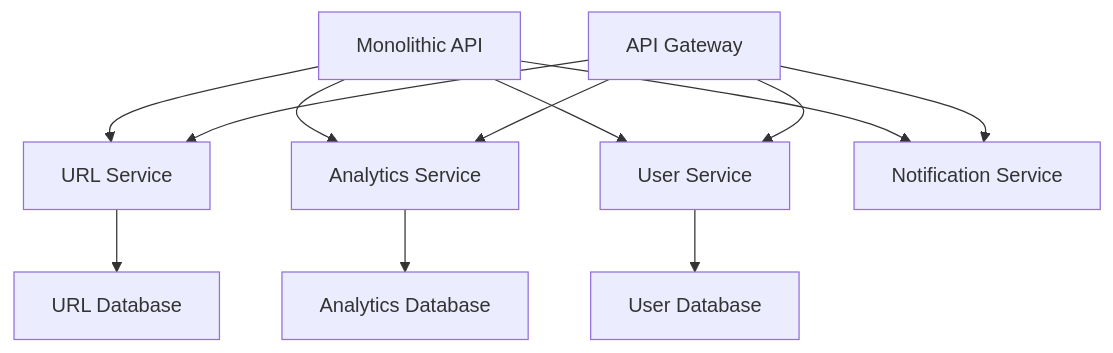
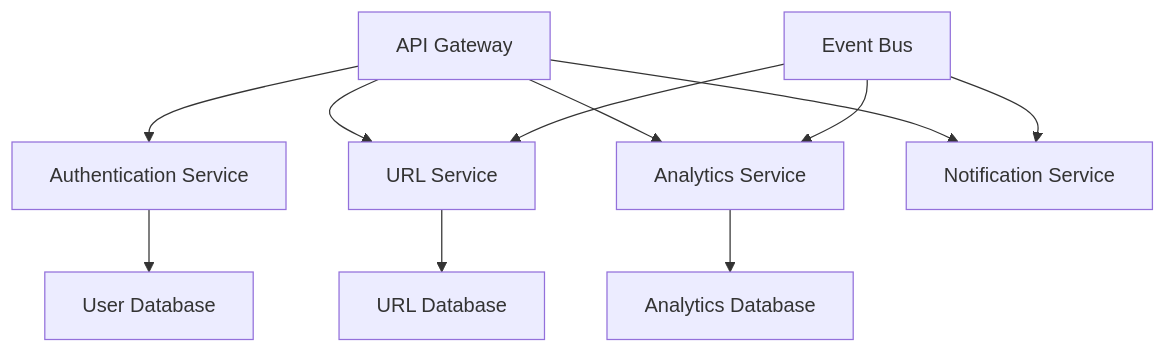
The fifth of 10 diagrams in SYSTEM_DESIGN.md (manthanank/url-shortener-app), drawn with Mermaid before and after one commit. The commit also changed other lines of this file and 38 other files, not shown here.

First line of the commit message:
feat: Implement URL Shortener API with analytics dashboard

````diff
--- a/SYSTEM_DESIGN.md
+++ b/SYSTEM_DESIGN.md
@@ -608,16 +1151,15 @@
 ```mermaid
 graph TB
-    A[Monolithic API] --> B[URL Service]
-    A --> C[Analytics Service]
-    A --> D[User Service]
-    A --> E[Notification Service]
-    
-    B --> F[URL Database]
-    C --> G[Analytics Database]
-    D --> H[User Database]
-    
-    I[API Gateway] --> B
-    I --> C
-    I --> D
-    I --> E
+  A[API Gateway] --> B[Authentication Service]
+  A --> C[URL Service]
+  A --> D[Analytics Service]
+  A --> E[Notification Service]
+  
+  C --> F[URL Database]
+  D --> G[Analytics Database]
+  B --> H[User Database]
+  
+  I[Event Bus] --> C
+  I --> D
+  I --> E
 ```
````
